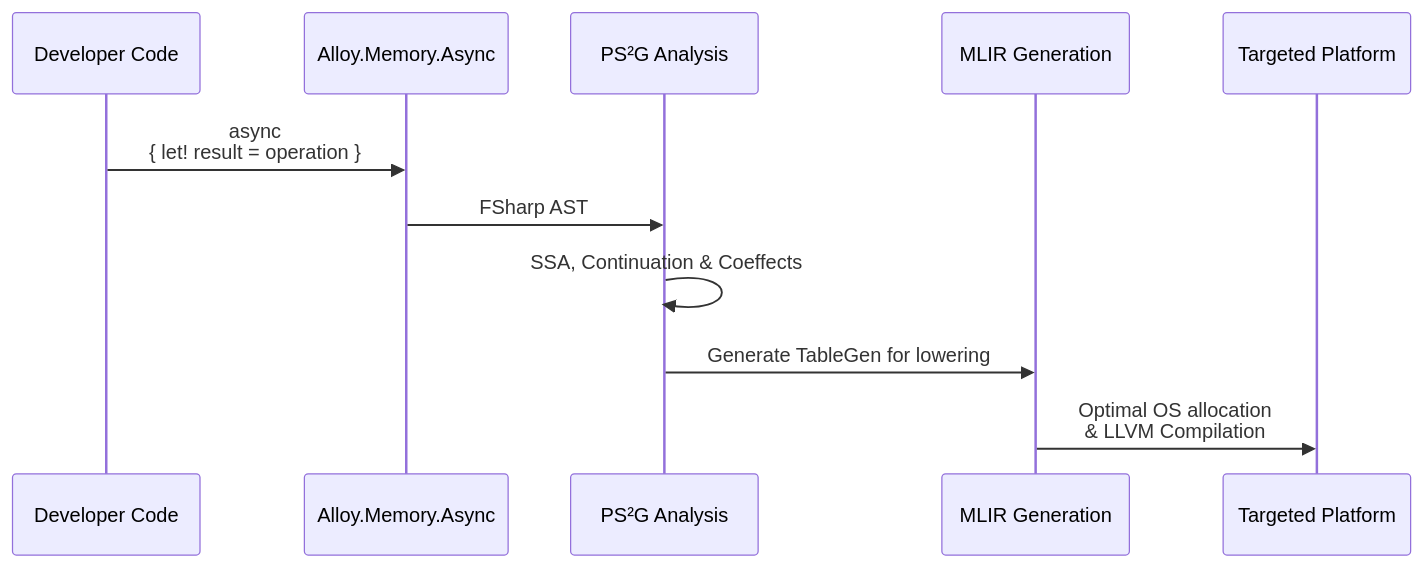
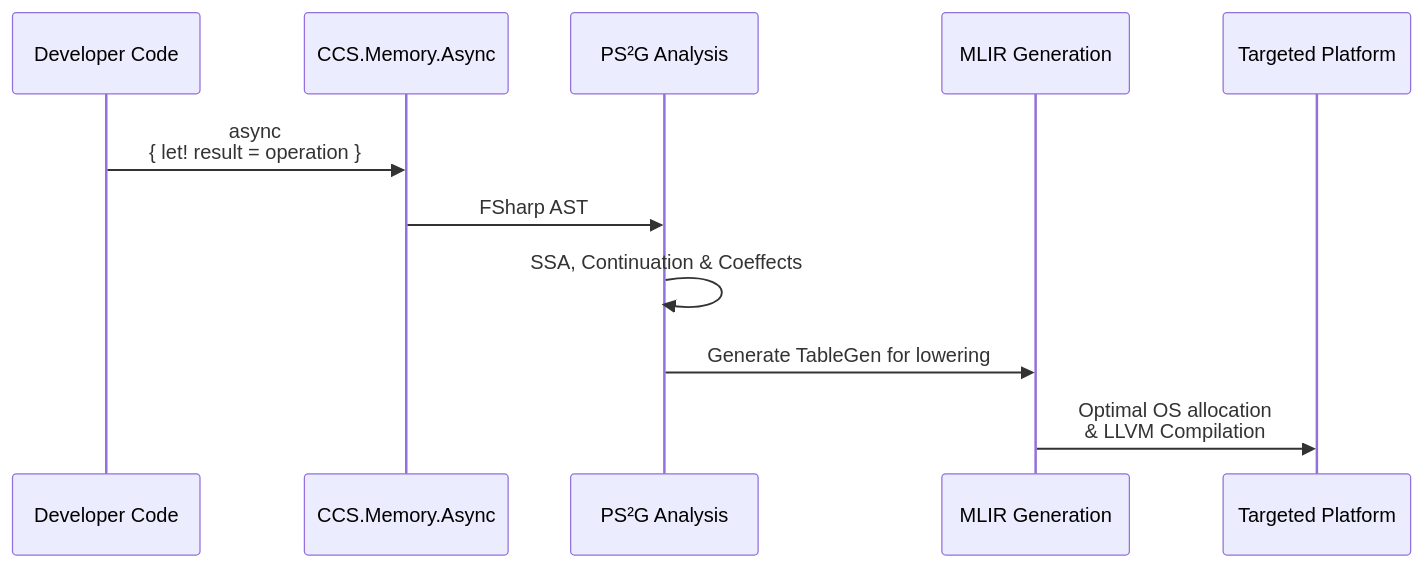
One commit to FidelityFramework/clef-lang-site changed the third of 5 diagrams in hugo/content/docs/design/beyond-zero-allocation.md. Above: the diagram before and after it, drawn with Mermaid. The commit also changed 11 other files, not shown here.

````diff
--- a/hugo/content/docs/design/beyond-zero-allocation.md
+++ b/hugo/content/docs/design/beyond-zero-allocation.md
@@ -142,14 +142,14 @@
 ```mermaid
 sequenceDiagram
     participant Dev as Developer Code
-    participant Lib as Alloy.Memory.Async
+    participant Lib as CCS.Memory.Async
     participant PS²G as PS²G Analysis
     participant MLIR as MLIR Generation
     participant OS as Targeted Platform
 
     Dev->>Lib: async <br>{ let! result = operation }
     Lib->>PS²G: FSharp AST
     PS²G->>PS²G: SSA, Continuation & Coeffects
     PS²G->>MLIR: Generate TableGen for lowering
     MLIR->>OS: Optimal OS allocation<br>& LLVM Compilation
 ```
````
